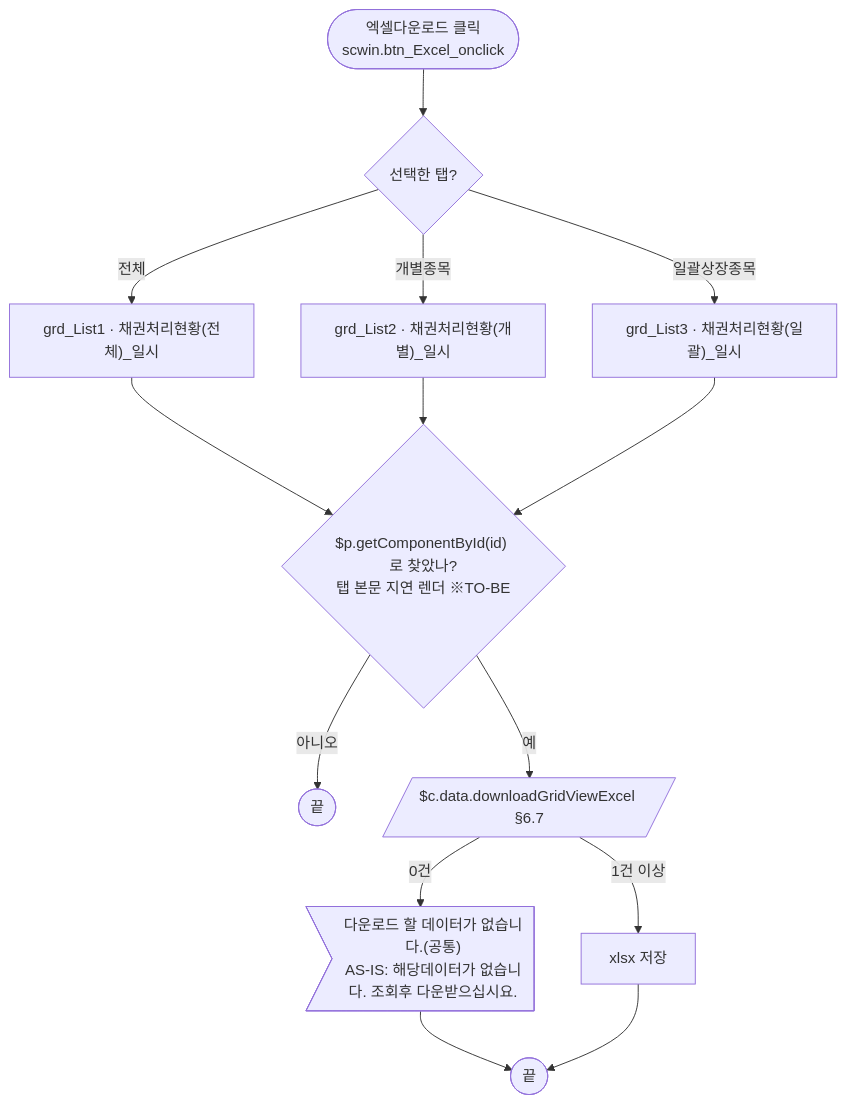
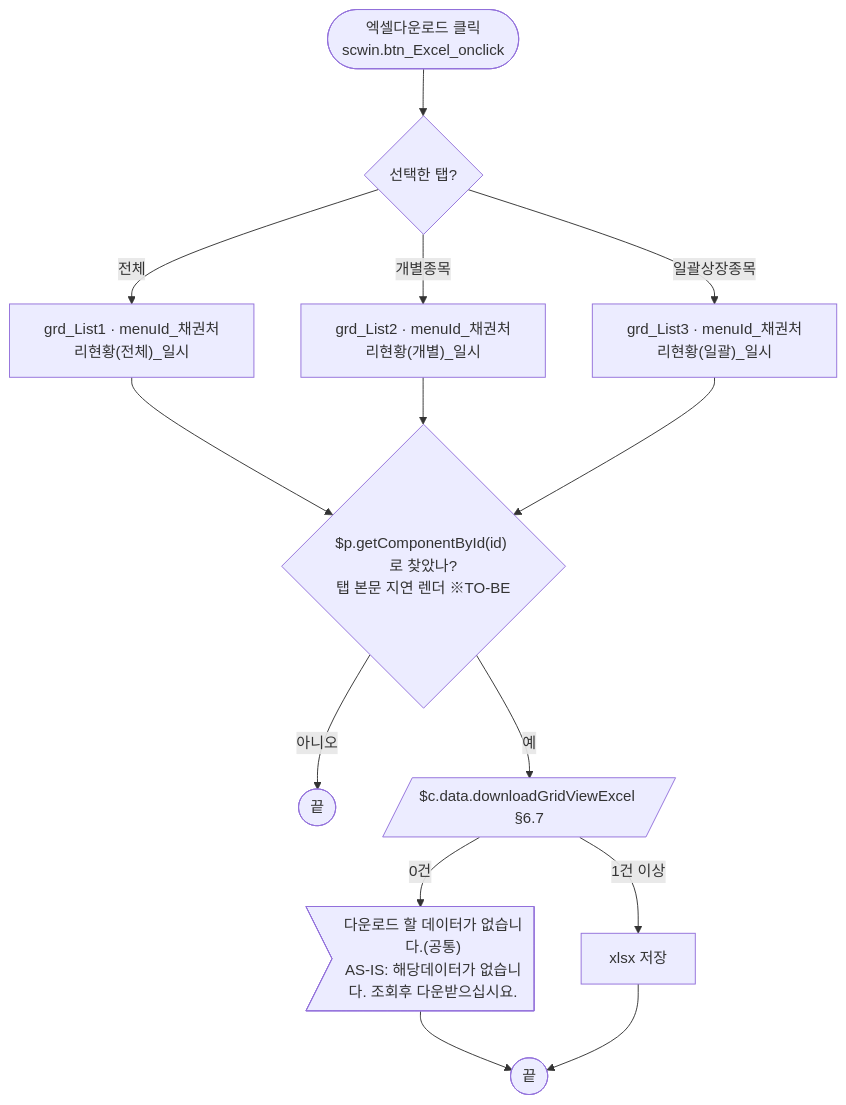
Before and after one commit to jcpark-alt/KRX_CRAFT: diagram 13 of 14 in conversion/gfm-front/ui/ULDBNS30400/ULDBNS30400.md, drawn with Mermaid. The commit also changed other lines of this file and 4 other files, not shown here.

````diff
--- a/conversion/gfm-front/ui/ULDBNS30400/ULDBNS30400.md
+++ b/conversion/gfm-front/ui/ULDBNS30400/ULDBNS30400.md
@@ -305,14 +305,14 @@
 ```mermaid
 flowchart TD
     S(["엑셀다운로드 클릭<br/>scwin.btn_Excel_onclick"]) --> T{"선택한 탭?"}
-    T -- "전체" --> A["grd_List1 · 채권처리현황(전체)_일시"]
-    T -- "개별종목" --> B["grd_List2 · 채권처리현황(개별)_일시"]
-    T -- "일괄상장종목" --> C["grd_List3 · 채권처리현황(일괄)_일시"]
+    T -- "전체" --> A["grd_List1 · menuId_채권처리현황(전체)_일시"]
+    T -- "개별종목" --> B["grd_List2 · menuId_채권처리현황(개별)_일시"]
+    T -- "일괄상장종목" --> C["grd_List3 · menuId_채권처리현황(일괄)_일시"]
     A --> G{"$p.getComponentById(id) 로 찾았나?<br/>탭 본문 지연 렌더 ※TO-BE"}
     B --> G
     C --> G
     G -- "아니오" --> E0(["끝"])
     G -- "예" --> X[/"$c.data.downloadGridViewExcel §6.7"/]
     X -- "0건" --> M>"다운로드 할 데이터가 없습니다.(공통)<br/>AS-IS: 해당데이터가 없습니다. 조회후 다운받으십시요."] --> E1(["끝"])
     X -- "1건 이상" --> F["xlsx 저장"] --> E1
 ```
````
